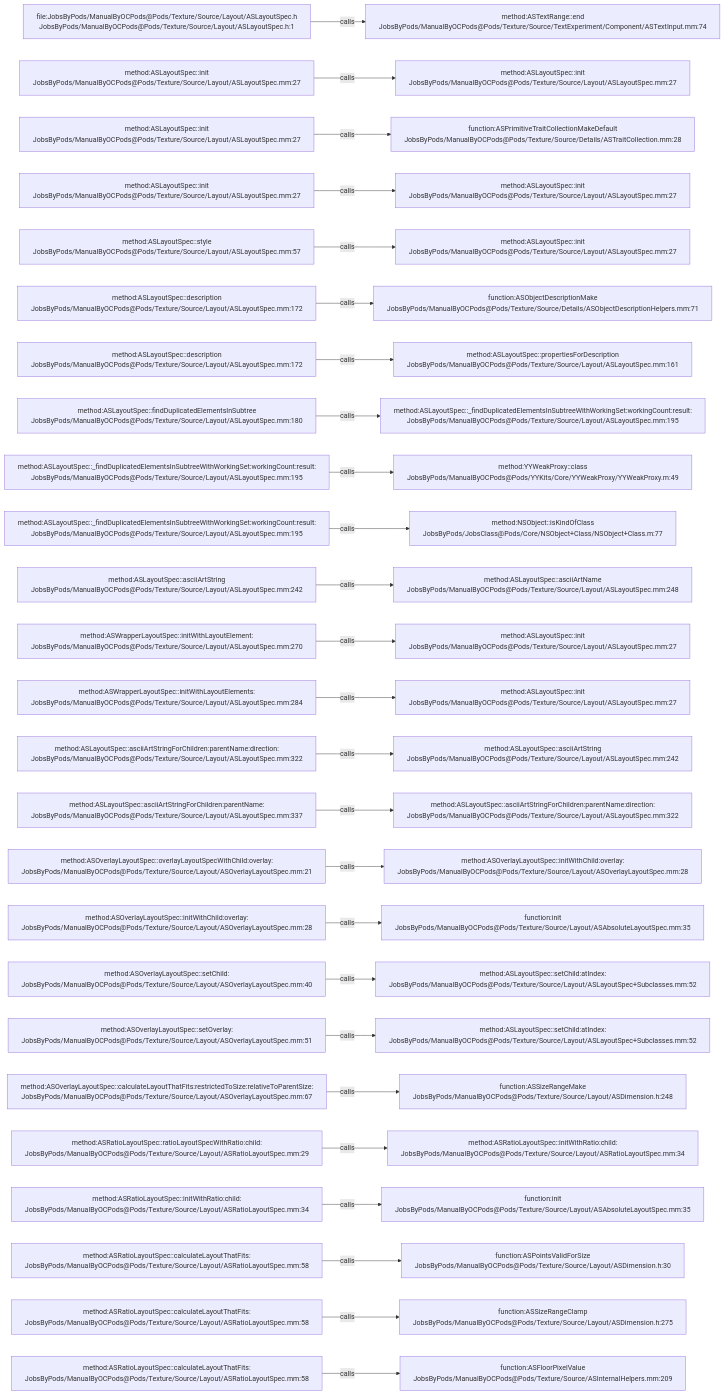
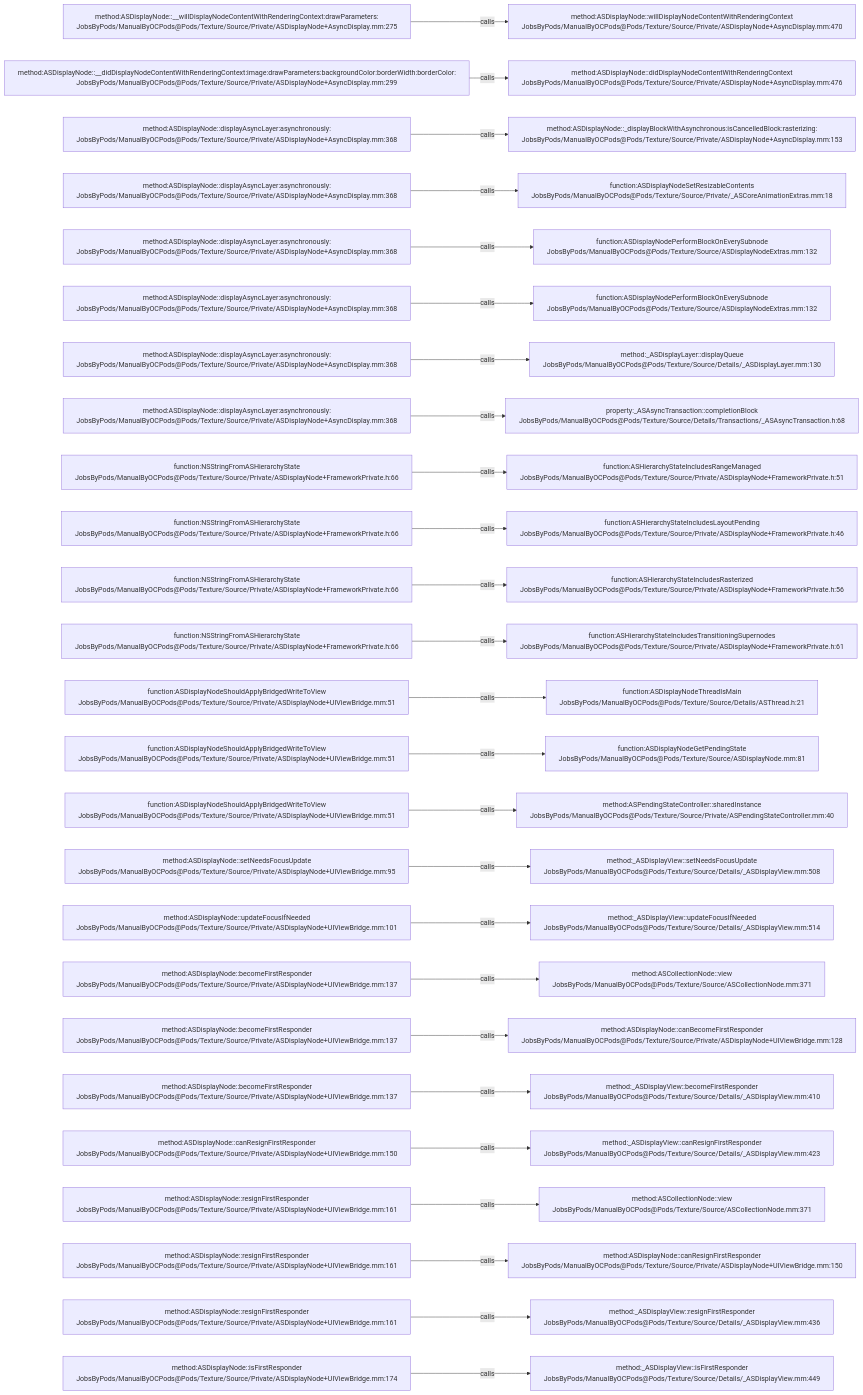
The diagram in .codegraph/codegraph.md/graphs/calls-189.md (JobsKits/JobsOCBaseConfigDemo), drawn with Mermaid before and after one commit. The commit also changed 1223 other files, not shown here.

````diff
--- a/.codegraph/codegraph.md/graphs/calls-189.md
+++ b/.codegraph/codegraph.md/graphs/calls-189.md
@@ -13,78 +13,78 @@
 ```mermaid
 flowchart LR
-  S1["file:JobsByPods/ManualByOCPods@Pods/Texture/Source/Layout/ASLayoutSpec.h<br/>JobsByPods/ManualByOCPods@Pods/Texture/Source/Layout/ASLayoutSpec.h:1"]
-  T1["method:ASTextRange::end<br/>JobsByPods/ManualByOCPods@Pods/Texture/Source/TextExperiment/Component/ASTextInput.mm:74"]
+  S1["method:ASDisplayNode::__willDisplayNodeContentWithRenderingContext:drawParameters:<br/>JobsByPods/ManualByOCPods@Pods/Texture/Source/Private/ASDisplayNode+AsyncDisplay.mm:275"]
+  T1["method:ASDisplayNode::willDisplayNodeContentWithRenderingContext<br/>JobsByPods/ManualByOCPods@Pods/Texture/Source/Private/ASDisplayNode+AsyncDisplay.mm:470"]
   S1 -->|calls| T1
-  S2["method:ASLayoutSpec::init<br/>JobsByPods/ManualByOCPods@Pods/Texture/Source/Layout/ASLayoutSpec.mm:27"]
-  T2["method:ASLayoutSpec::init<br/>JobsByPods/ManualByOCPods@Pods/Texture/Source/Layout/ASLayoutSpec.mm:27"]
+  S2["method:ASDisplayNode::__didDisplayNodeContentWithRenderingContext:image:drawParameters:backgroundColor:borderWidth:borderColor:<br/>JobsByPods/ManualByOCPods@Pods/Texture/Source/Private/ASDisplayNode+AsyncDisplay.mm:299"]
+  T2["method:ASDisplayNode::didDisplayNodeContentWithRenderingContext<br/>JobsByPods/ManualByOCPods@Pods/Texture/Source/Private/ASDisplayNode+AsyncDisplay.mm:476"]
   S2 -->|calls| T2
-  S3["method:ASLayoutSpec::init<br/>JobsByPods/ManualByOCPods@Pods/Texture/Source/Layout/ASLayoutSpec.mm:27"]
-  T3["function:ASPrimitiveTraitCollectionMakeDefault<br/>JobsByPods/ManualByOCPods@Pods/Texture/Source/Details/ASTraitCollection.mm:28"]
+  S3["method:ASDisplayNode::displayAsyncLayer:asynchronously:<br/>JobsByPods/ManualByOCPods@Pods/Texture/Source/Private/ASDisplayNode+AsyncDisplay.mm:368"]
+  T3["method:ASDisplayNode::_displayBlockWithAsynchronous:isCancelledBlock:rasterizing:<br/>JobsByPods/ManualByOCPods@Pods/Texture/Source/Private/ASDisplayNode+AsyncDisplay.mm:153"]
   S3 -->|calls| T3
-  S4["method:ASLayoutSpec::init<br/>JobsByPods/ManualByOCPods@Pods/Texture/Source/Layout/ASLayoutSpec.mm:27"]
-  T4["method:ASLayoutSpec::init<br/>JobsByPods/ManualByOCPods@Pods/Texture/Source/Layout/ASLayoutSpec.mm:27"]
+  S4["method:ASDisplayNode::displayAsyncLayer:asynchronously:<br/>JobsByPods/ManualByOCPods@Pods/Texture/Source/Private/ASDisplayNode+AsyncDisplay.mm:368"]
+  T4["function:ASDisplayNodeSetResizableContents<br/>JobsByPods/ManualByOCPods@Pods/Texture/Source/Private/_ASCoreAnimationExtras.mm:18"]
   S4 -->|calls| T4
-  S5["method:ASLayoutSpec::style<br/>JobsByPods/ManualByOCPods@Pods/Texture/Source/Layout/ASLayoutSpec.mm:57"]
-  T5["method:ASLayoutSpec::init<br/>JobsByPods/ManualByOCPods@Pods/Texture/Source/Layout/ASLayoutSpec.mm:27"]
+  S5["method:ASDisplayNode::displayAsyncLayer:asynchronously:<br/>JobsByPods/ManualByOCPods@Pods/Texture/Source/Private/ASDisplayNode+AsyncDisplay.mm:368"]
+  T5["function:ASDisplayNodePerformBlockOnEverySubnode<br/>JobsByPods/ManualByOCPods@Pods/Texture/Source/ASDisplayNodeExtras.mm:132"]
   S5 -->|calls| T5
-  S6["method:ASLayoutSpec::description<br/>JobsByPods/ManualByOCPods@Pods/Texture/Source/Layout/ASLayoutSpec.mm:172"]
-  T6["function:ASObjectDescriptionMake<br/>JobsByPods/ManualByOCPods@Pods/Texture/Source/Details/ASObjectDescriptionHelpers.mm:71"]
+  S6["method:ASDisplayNode::displayAsyncLayer:asynchronously:<br/>JobsByPods/ManualByOCPods@Pods/Texture/Source/Private/ASDisplayNode+AsyncDisplay.mm:368"]
+  T6["function:ASDisplayNodePerformBlockOnEverySubnode<br/>JobsByPods/ManualByOCPods@Pods/Texture/Source/ASDisplayNodeExtras.mm:132"]
   S6 -->|calls| T6
-  S7["method:ASLayoutSpec::description<br/>JobsByPods/ManualByOCPods@Pods/Texture/Source/Layout/ASLayoutSpec.mm:172"]
-  T7["method:ASLayoutSpec::propertiesForDescription<br/>JobsByPods/ManualByOCPods@Pods/Texture/Source/Layout/ASLayoutSpec.mm:161"]
+  S7["method:ASDisplayNode::displayAsyncLayer:asynchronously:<br/>JobsByPods/ManualByOCPods@Pods/Texture/Source/Private/ASDisplayNode+AsyncDisplay.mm:368"]
+  T7["method:_ASDisplayLayer::displayQueue<br/>JobsByPods/ManualByOCPods@Pods/Texture/Source/Details/_ASDisplayLayer.mm:130"]
   S7 -->|calls| T7
-  S8["method:ASLayoutSpec::findDuplicatedElementsInSubtree<br/>JobsByPods/ManualByOCPods@Pods/Texture/Source/Layout/ASLayoutSpec.mm:180"]
-  T8["method:ASLayoutSpec::_findDuplicatedElementsInSubtreeWithWorkingSet:workingCount:result:<br/>JobsByPods/ManualByOCPods@Pods/Texture/Source/Layout/ASLayoutSpec.mm:195"]
+  S8["method:ASDisplayNode::displayAsyncLayer:asynchronously:<br/>JobsByPods/ManualByOCPods@Pods/Texture/Source/Private/ASDisplayNode+AsyncDisplay.mm:368"]
+  T8["property:_ASAsyncTransaction::completionBlock<br/>JobsByPods/ManualByOCPods@Pods/Texture/Source/Details/Transactions/_ASAsyncTransaction.h:68"]
   S8 -->|calls| T8
-  S9["method:ASLayoutSpec::_findDuplicatedElementsInSubtreeWithWorkingSet:workingCount:result:<br/>JobsByPods/ManualByOCPods@Pods/Texture/Source/Layout/ASLayoutSpec.mm:195"]
-  T9["method:YYWeakProxy::class<br/>JobsByPods/ManualByOCPods@Pods/YYKits/Core/YYWeakProxy/YYWeakProxy.m:49"]
+  S9["function:NSStringFromASHierarchyState<br/>JobsByPods/ManualByOCPods@Pods/Texture/Source/Private/ASDisplayNode+FrameworkPrivate.h:66"]
+  T9["function:ASHierarchyStateIncludesRangeManaged<br/>JobsByPods/ManualByOCPods@Pods/Texture/Source/Private/ASDisplayNode+FrameworkPrivate.h:51"]
   S9 -->|calls| T9
-  S10["method:ASLayoutSpec::_findDuplicatedElementsInSubtreeWithWorkingSet:workingCount:result:<br/>JobsByPods/ManualByOCPods@Pods/Texture/Source/Layout/ASLayoutSpec.mm:195"]
-  T10["method:NSObject::isKindOfClass<br/>JobsByPods/JobsClass@Pods/Core/NSObject+Class/NSObject+Class.m:77"]
+  S10["function:NSStringFromASHierarchyState<br/>JobsByPods/ManualByOCPods@Pods/Texture/Source/Private/ASDisplayNode+FrameworkPrivate.h:66"]
+  T10["function:ASHierarchyStateIncludesLayoutPending<br/>JobsByPods/ManualByOCPods@Pods/Texture/Source/Private/ASDisplayNode+FrameworkPrivate.h:46"]
   S10 -->|calls| T10
-  S11["method:ASLayoutSpec::asciiArtString<br/>JobsByPods/ManualByOCPods@Pods/Texture/Source/Layout/ASLayoutSpec.mm:242"]
-  T11["method:ASLayoutSpec::asciiArtName<br/>JobsByPods/ManualByOCPods@Pods/Texture/Source/Layout/ASLayoutSpec.mm:248"]
+  S11["function:NSStringFromASHierarchyState<br/>JobsByPods/ManualByOCPods@Pods/Texture/Source/Private/ASDisplayNode+FrameworkPrivate.h:66"]
+  T11["function:ASHierarchyStateIncludesRasterized<br/>JobsByPods/ManualByOCPods@Pods/Texture/Source/Private/ASDisplayNode+FrameworkPrivate.h:56"]
   S11 -->|calls| T11
-  S12["method:ASWrapperLayoutSpec::initWithLayoutElement:<br/>JobsByPods/ManualByOCPods@Pods/Texture/Source/Layout/ASLayoutSpec.mm:270"]
-  T12["method:ASLayoutSpec::init<br/>JobsByPods/ManualByOCPods@Pods/Texture/Source/Layout/ASLayoutSpec.mm:27"]
+  S12["function:NSStringFromASHierarchyState<br/>JobsByPods/ManualByOCPods@Pods/Texture/Source/Private/ASDisplayNode+FrameworkPrivate.h:66"]
+  T12["function:ASHierarchyStateIncludesTransitioningSupernodes<br/>JobsByPods/ManualByOCPods@Pods/Texture/Source/Private/ASDisplayNode+FrameworkPrivate.h:61"]
   S12 -->|calls| T12
-  S13["method:ASWrapperLayoutSpec::initWithLayoutElements:<br/>JobsByPods/ManualByOCPods@Pods/Texture/Source/Layout/ASLayoutSpec.mm:284"]
-  T13["method:ASLayoutSpec::init<br/>JobsByPods/ManualByOCPods@Pods/Texture/Source/Layout/ASLayoutSpec.mm:27"]
+  S13["function:ASDisplayNodeShouldApplyBridgedWriteToView<br/>JobsByPods/ManualByOCPods@Pods/Texture/Source/Private/ASDisplayNode+UIViewBridge.mm:51"]
+  T13["function:ASDisplayNodeThreadIsMain<br/>JobsByPods/ManualByOCPods@Pods/Texture/Source/Details/ASThread.h:21"]
   S13 -->|calls| T13
-  S14["method:ASLayoutSpec::asciiArtStringForChildren:parentName:direction:<br/>JobsByPods/ManualByOCPods@Pods/Texture/Source/Layout/ASLayoutSpec.mm:322"]
-  T14["method:ASLayoutSpec::asciiArtString<br/>JobsByPods/ManualByOCPods@Pods/Texture/Source/Layout/ASLayoutSpec.mm:242"]
+  S14["function:ASDisplayNodeShouldApplyBridgedWriteToView<br/>JobsByPods/ManualByOCPods@Pods/Texture/Source/Private/ASDisplayNode+UIViewBridge.mm:51"]
+  T14["function:ASDisplayNodeGetPendingState<br/>JobsByPods/ManualByOCPods@Pods/Texture/Source/ASDisplayNode.mm:81"]
   S14 -->|calls| T14
-  S15["method:ASLayoutSpec::asciiArtStringForChildren:parentName:<br/>JobsByPods/ManualByOCPods@Pods/Texture/Source/Layout/ASLayoutSpec.mm:337"]
-  T15["method:ASLayoutSpec::asciiArtStringForChildren:parentName:direction:<br/>JobsByPods/ManualByOCPods@Pods/Texture/Source/Layout/ASLayoutSpec.mm:322"]
+  S15["function:ASDisplayNodeShouldApplyBridgedWriteToView<br/>JobsByPods/ManualByOCPods@Pods/Texture/Source/Private/ASDisplayNode+UIViewBridge.mm:51"]
+  T15["method:ASPendingStateController::sharedInstance<br/>JobsByPods/ManualByOCPods@Pods/Texture/Source/Private/ASPendingStateController.mm:40"]
   S15 -->|calls| T15
-  S16["method:ASOverlayLayoutSpec::overlayLayoutSpecWithChild:overlay:<br/>JobsByPods/ManualByOCPods@Pods/Texture/Source/Layout/ASOverlayLayoutSpec.mm:21"]
-  T16["method:ASOverlayLayoutSpec::initWithChild:overlay:<br/>JobsByPods/ManualByOCPods@Pods/Texture/Source/Layout/ASOverlayLayoutSpec.mm:28"]
+  S16["method:ASDisplayNode::setNeedsFocusUpdate<br/>JobsByPods/ManualByOCPods@Pods/Texture/Source/Private/ASDisplayNode+UIViewBridge.mm:95"]
+  T16["method:_ASDisplayView::setNeedsFocusUpdate<br/>JobsByPods/ManualByOCPods@Pods/Texture/Source/Details/_ASDisplayView.mm:508"]
   S16 -->|calls| T16
-  S17["method:ASOverlayLayoutSpec::initWithChild:overlay:<br/>JobsByPods/ManualByOCPods@Pods/Texture/Source/Layout/ASOverlayLayoutSpec.mm:28"]
-  T17["function:init<br/>JobsByPods/ManualByOCPods@Pods/Texture/Source/Layout/ASAbsoluteLayoutSpec.mm:35"]
+  S17["method:ASDisplayNode::updateFocusIfNeeded<br/>JobsByPods/ManualByOCPods@Pods/Texture/Source/Private/ASDisplayNode+UIViewBridge.mm:101"]
+  T17["method:_ASDisplayView::updateFocusIfNeeded<br/>JobsByPods/ManualByOCPods@Pods/Texture/Source/Details/_ASDisplayView.mm:514"]
   S17 -->|calls| T17
-  S18["method:ASOverlayLayoutSpec::setChild:<br/>JobsByPods/ManualByOCPods@Pods/Texture/Source/Layout/ASOverlayLayoutSpec.mm:40"]
-  T18["method:ASLayoutSpec::setChild:atIndex:<br/>JobsByPods/ManualByOCPods@Pods/Texture/Source/Layout/ASLayoutSpec+Subclasses.mm:52"]
+  S18["method:ASDisplayNode::becomeFirstResponder<br/>JobsByPods/ManualByOCPods@Pods/Texture/Source/Private/ASDisplayNode+UIViewBridge.mm:137"]
+  T18["method:ASCollectionNode::view<br/>JobsByPods/ManualByOCPods@Pods/Texture/Source/ASCollectionNode.mm:371"]
   S18 -->|calls| T18
-  S19["method:ASOverlayLayoutSpec::setOverlay:<br/>JobsByPods/ManualByOCPods@Pods/Texture/Source/Layout/ASOverlayLayoutSpec.mm:51"]
-  T19["method:ASLayoutSpec::setChild:atIndex:<br/>JobsByPods/ManualByOCPods@Pods/Texture/Source/Layout/ASLayoutSpec+Subclasses.mm:52"]
+  S19["method:ASDisplayNode::becomeFirstResponder<br/>JobsByPods/ManualByOCPods@Pods/Texture/Source/Private/ASDisplayNode+UIViewBridge.mm:137"]
+  T19["method:ASDisplayNode::canBecomeFirstResponder<br/>JobsByPods/ManualByOCPods@Pods/Texture/Source/Private/ASDisplayNode+UIViewBridge.mm:128"]
   S19 -->|calls| T19
-  S20["method:ASOverlayLayoutSpec::calculateLayoutThatFits:restrictedToSize:relativeToParentSize:<br/>JobsByPods/ManualByOCPods@Pods/Texture/Source/Layout/ASOverlayLayoutSpec.mm:67"]
-  T20["function:ASSizeRangeMake<br/>JobsByPods/ManualByOCPods@Pods/Texture/Source/Layout/ASDimension.h:248"]
+  S20["method:ASDisplayNode::becomeFirstResponder<br/>JobsByPods/ManualByOCPods@Pods/Texture/Source/Private/ASDisplayNode+UIViewBridge.mm:137"]
+  T20["method:_ASDisplayView::becomeFirstResponder<br/>JobsByPods/ManualByOCPods@Pods/Texture/Source/Details/_ASDisplayView.mm:410"]
   S20 -->|calls| T20
-  S21["method:ASRatioLayoutSpec::ratioLayoutSpecWithRatio:child:<br/>JobsByPods/ManualByOCPods@Pods/Texture/Source/Layout/ASRatioLayoutSpec.mm:29"]
-  T21["method:ASRatioLayoutSpec::initWithRatio:child:<br/>JobsByPods/ManualByOCPods@Pods/Texture/Source/Layout/ASRatioLayoutSpec.mm:34"]
+  S21["method:ASDisplayNode::canResignFirstResponder<br/>JobsByPods/ManualByOCPods@Pods/Texture/Source/Private/ASDisplayNode+UIViewBridge.mm:150"]
+  T21["method:_ASDisplayView::canResignFirstResponder<br/>JobsByPods/ManualByOCPods@Pods/Texture/Source/Details/_ASDisplayView.mm:423"]
   S21 -->|calls| T21
-  S22["method:ASRatioLayoutSpec::initWithRatio:child:<br/>JobsByPods/ManualByOCPods@Pods/Texture/Source/Layout/ASRatioLayoutSpec.mm:34"]
-  T22["function:init<br/>JobsByPods/ManualByOCPods@Pods/Texture/Source/Layout/ASAbsoluteLayoutSpec.mm:35"]
+  S22["method:ASDisplayNode::resignFirstResponder<br/>JobsByPods/ManualByOCPods@Pods/Texture/Source/Private/ASDisplayNode+UIViewBridge.mm:161"]
+  T22["method:ASCollectionNode::view<br/>JobsByPods/ManualByOCPods@Pods/Texture/Source/ASCollectionNode.mm:371"]
   S22 -->|calls| T22
-  S23["method:ASRatioLayoutSpec::calculateLayoutThatFits:<br/>JobsByPods/ManualByOCPods@Pods/Texture/Source/Layout/ASRatioLayoutSpec.mm:58"]
-  T23["function:ASPointsValidForSize<br/>JobsByPods/ManualByOCPods@Pods/Texture/Source/Layout/ASDimension.h:30"]
+  S23["method:ASDisplayNode::resignFirstResponder<br/>JobsByPods/ManualByOCPods@Pods/Texture/Source/Private/ASDisplayNode+UIViewBridge.mm:161"]
+  T23["method:ASDisplayNode::canResignFirstResponder<br/>JobsByPods/ManualByOCPods@Pods/Texture/Source/Private/ASDisplayNode+UIViewBridge.mm:150"]
   S23 -->|calls| T23
-  S24["method:ASRatioLayoutSpec::calculateLayoutThatFits:<br/>JobsByPods/ManualByOCPods@Pods/Texture/Source/Layout/ASRatioLayoutSpec.mm:58"]
-  T24["function:ASSizeRangeClamp<br/>JobsByPods/ManualByOCPods@Pods/Texture/Source/Layout/ASDimension.h:275"]
+  S24["method:ASDisplayNode::resignFirstResponder<br/>JobsByPods/ManualByOCPods@Pods/Texture/Source/Private/ASDisplayNode+UIViewBridge.mm:161"]
+  T24["method:_ASDisplayView::resignFirstResponder<br/>JobsByPods/ManualByOCPods@Pods/Texture/Source/Details/_ASDisplayView.mm:436"]
   S24 -->|calls| T24
-  S25["method:ASRatioLayoutSpec::calculateLayoutThatFits:<br/>JobsByPods/ManualByOCPods@Pods/Texture/Source/Layout/ASRatioLayoutSpec.mm:58"]
-  T25["function:ASFloorPixelValue<br/>JobsByPods/ManualByOCPods@Pods/Texture/Source/ASInternalHelpers.mm:209"]
+  S25["method:ASDisplayNode::isFirstResponder<br/>JobsByPods/ManualByOCPods@Pods/Texture/Source/Private/ASDisplayNode+UIViewBridge.mm:174"]
+  T25["method:_ASDisplayView::isFirstResponder<br/>JobsByPods/ManualByOCPods@Pods/Texture/Source/Details/_ASDisplayView.mm:449"]
   S25 -->|calls| T25
 ```
````
